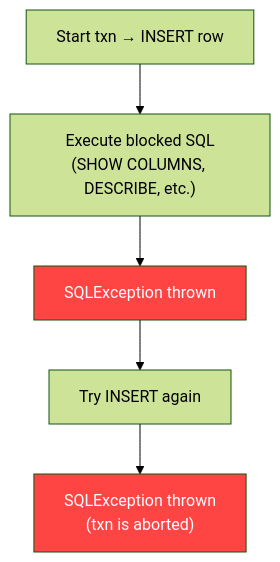
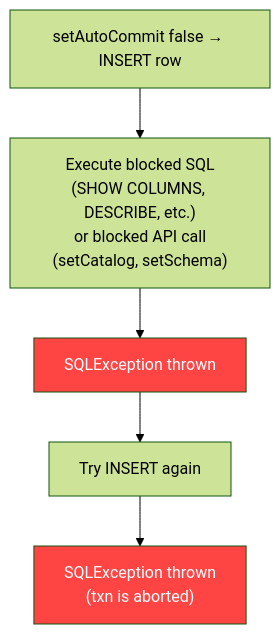
Before and after one commit to databricks/databricks-jdbc: the eighth of 10 diagrams in docs/mst-test-design.md, drawn with Mermaid (forest theme). The commit also changed other lines of this file, not shown here.

````diff
--- a/docs/mst-test-design.md
+++ b/docs/mst-test-design.md
@@ -366,11 +395,11 @@
 ```mermaid
 flowchart TD
-    START["Start txn → INSERT row"]
-    START --> EXEC["Execute blocked SQL<br/>(SHOW COLUMNS, DESCRIBE, etc.)"]
+    START["setAutoCommit false → INSERT row"]
+    START --> EXEC["Execute blocked SQL<br/>(SHOW COLUMNS, DESCRIBE, etc.)<br/>or blocked API call<br/>(setCatalog, setSchema)"]
     EXEC --> EXCEPT["SQLException thrown"]
     EXCEPT --> VERIFY["Try INSERT again"]
     VERIFY --> ABORTED["SQLException thrown<br/>(txn is aborted)"]
 
     style EXCEPT fill:#f44,color:#fff
     style ABORTED fill:#f44,color:#fff
 ```
````
